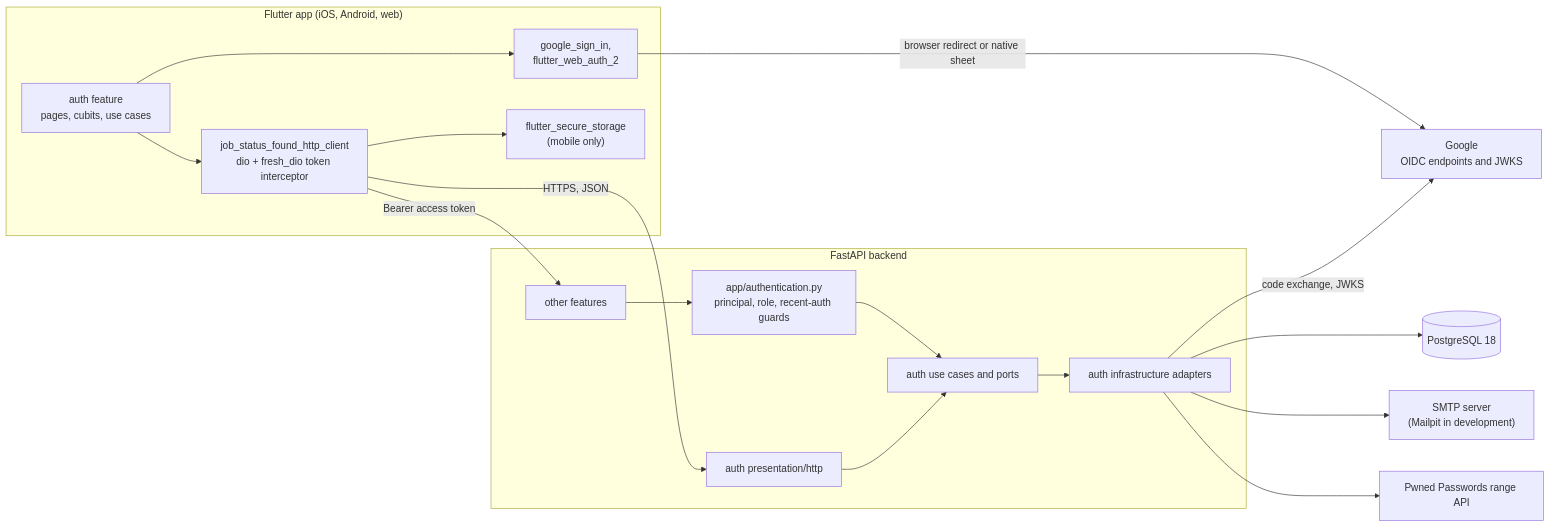
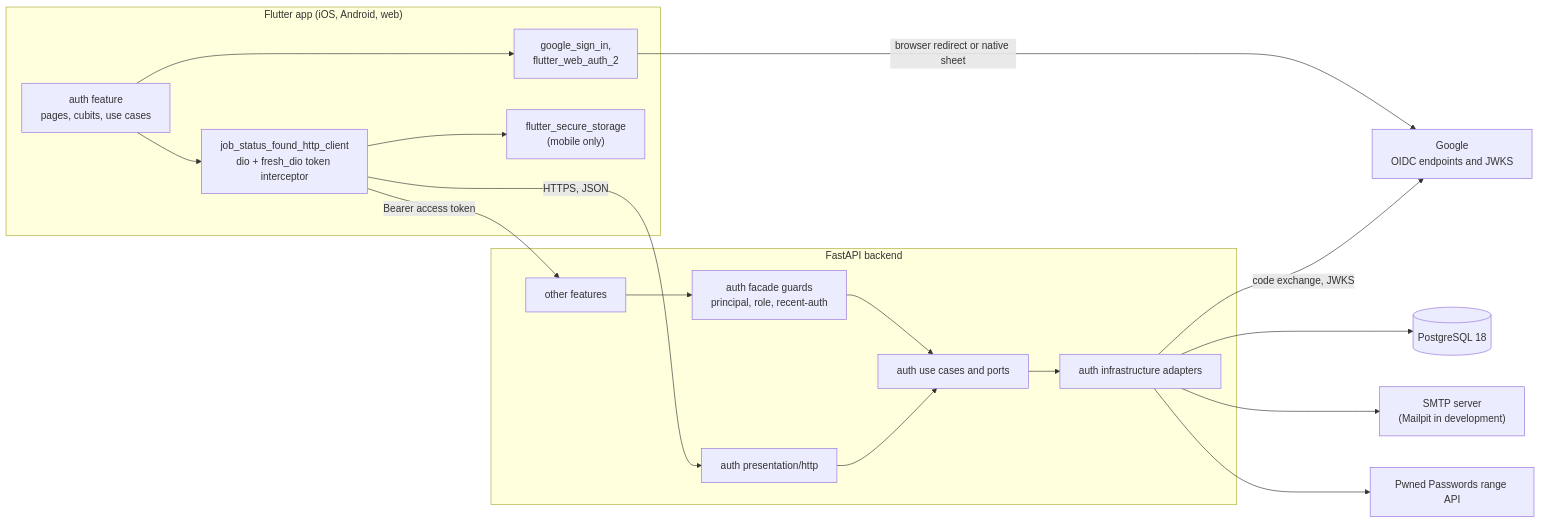
The first of 6 diagrams in ai/specs/18_09_2026__auth/18_09_2026__auth-specification.md (fam-tung-lam/job_status_found), drawn with Mermaid before and after one commit. The commit also changed other lines of this file and 119 other files, not shown here.

````diff
--- a/ai/specs/18_09_2026__auth/18_09_2026__auth-specification.md
+++ b/ai/specs/18_09_2026__auth/18_09_2026__auth-specification.md
@@ -70,36 +70,36 @@
 ```mermaid
 flowchart LR
     subgraph FlutterApp["Flutter app (iOS, Android, web)"]
         AuthFeature["auth feature<br>pages, cubits, use cases"]
         ProviderPlugins["google_sign_in,<br>flutter_web_auth_2"]
         HttpClientPackage["job_status_found_http_client<br>dio + fresh_dio token interceptor"]
         TokenStore["flutter_secure_storage<br>(mobile only)"]
     end
 
     subgraph Backend["FastAPI backend"]
         AuthControllers["auth presentation/http"]
         AuthUseCases["auth use cases and ports"]
         AuthAdapters["auth infrastructure adapters"]
-        PrincipalDependency["app/authentication.py<br>principal, role, recent-auth guards"]
+        PrincipalDependency["auth facade guards<br>principal, role, recent-auth"]
         OtherFeatures["other features"]
     end
 
     Database[("PostgreSQL 18")]
     IdentityProviders["Google<br>OIDC endpoints and JWKS"]
     MailServer["SMTP server<br>(Mailpit in development)"]
     PwnedPasswords["Pwned Passwords range API"]
     AuthFeature --> ProviderPlugins
     AuthFeature --> HttpClientPackage
     HttpClientPackage --> TokenStore
     ProviderPlugins -->|" browser redirect or native sheet "| IdentityProviders
     HttpClientPackage -->|" HTTPS, JSON "| AuthControllers
     HttpClientPackage -->|" Bearer access token "| OtherFeatures
     OtherFeatures --> PrincipalDependency
     PrincipalDependency --> AuthUseCases
     AuthControllers --> AuthUseCases
     AuthUseCases --> AuthAdapters
     AuthAdapters --> Database
     AuthAdapters -->|" code exchange, JWKS "| IdentityProviders
     AuthAdapters --> MailServer
     AuthAdapters --> PwnedPasswords
 ```
````
